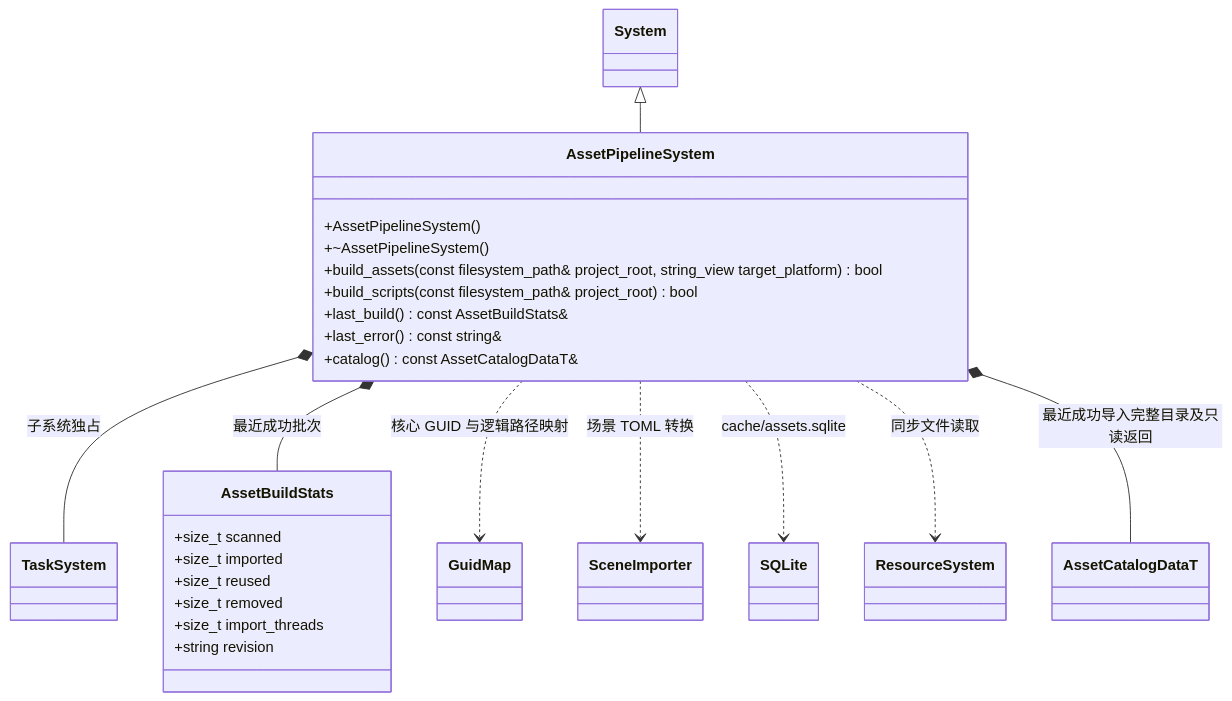
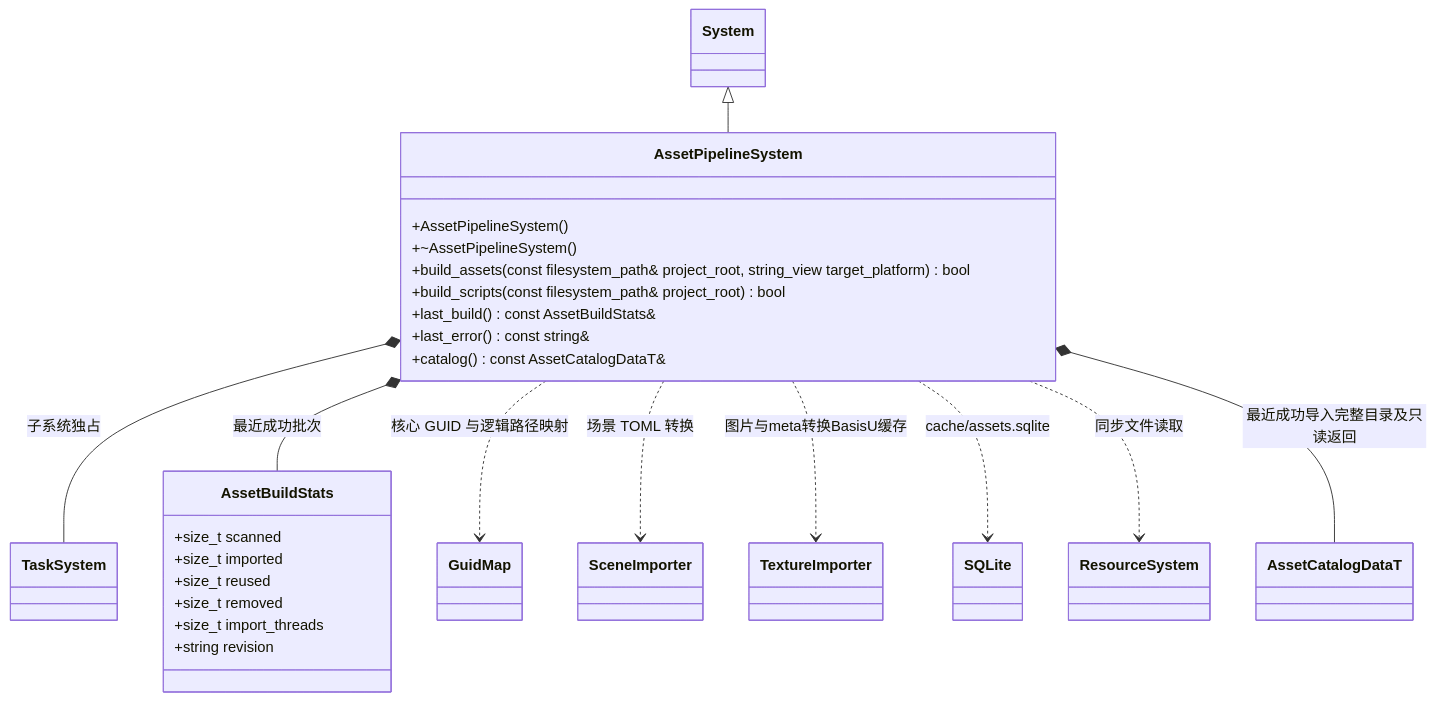
One commit to lcals/Engine changed the diagram in docs/editor/class-diagrams/asset-pipeline-system.md. Above: the diagram before and after it, drawn with Mermaid. The commit also changed other lines of this file and 125 other files, not shown here.

````diff
--- a/docs/editor/class-diagrams/asset-pipeline-system.md
+++ b/docs/editor/class-diagrams/asset-pipeline-system.md
@@ -7,35 +7,37 @@
 ```mermaid
 classDiagram
     class System
     class AssetPipelineSystem {
         +AssetPipelineSystem()
         +~AssetPipelineSystem()
         +build_assets(const filesystem_path& project_root, string_view target_platform) bool
         +build_scripts(const filesystem_path& project_root) bool
         +last_build() const AssetBuildStats&
         +last_error() const string&
         +catalog() const AssetCatalogDataT&
     }
     class AssetBuildStats {
         +size_t scanned
         +size_t imported
         +size_t reused
         +size_t removed
         +size_t import_threads
         +string revision
     }
     class TaskSystem
     class GuidMap
     class SceneImporter
+    class TextureImporter
     class SQLite
     class ResourceSystem
     class AssetCatalogDataT
     System <|-- AssetPipelineSystem
     AssetPipelineSystem *-- TaskSystem : 子系统独占
     AssetPipelineSystem *-- AssetBuildStats : 最近成功批次
     AssetPipelineSystem ..> GuidMap : 核心 GUID 与逻辑路径映射
     AssetPipelineSystem ..> SceneImporter : 场景 TOML 转换
+    AssetPipelineSystem ..> TextureImporter : 图片与meta转换BasisU缓存
     AssetPipelineSystem ..> SQLite : cache/assets.sqlite
     AssetPipelineSystem ..> ResourceSystem : 同步文件读取
     AssetPipelineSystem *-- AssetCatalogDataT : 最近成功导入完整目录及只读返回
 ```
````
